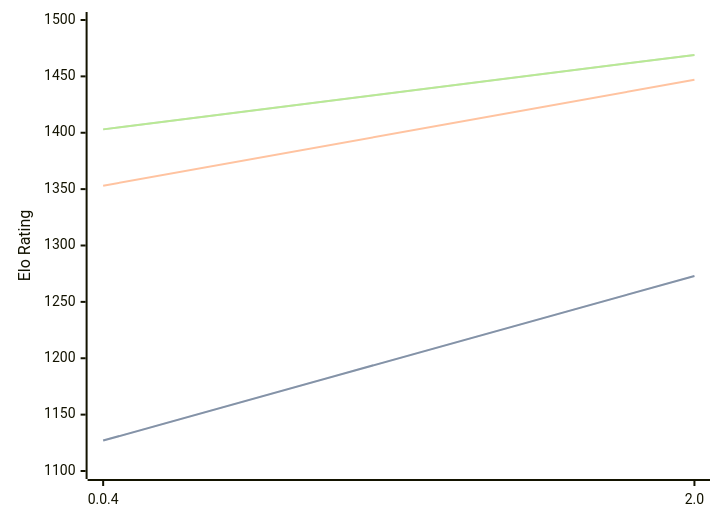
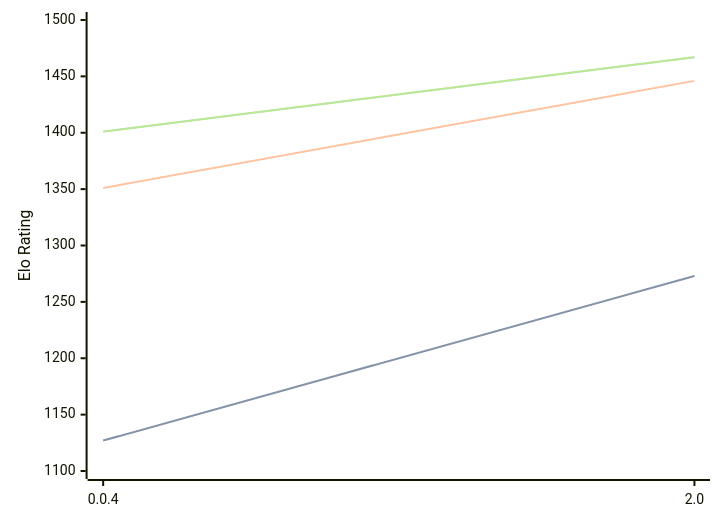
One commit to computer-chess-index/cci changed the diagram in engines/Oops!Mate.md. Above: the diagram before and after it, drawn with Mermaid. The commit also changed other lines of this file, not shown here.

Commit message:
Update CCI Ratings (ELO VLTC) - 2026-08-04

````diff
--- a/engines/Oops!Mate.md
+++ b/engines/Oops!Mate.md
@@ -52,11 +52,11 @@
 ```mermaid
 %%{init: {"theme":"base","themeVariables":{"seriesColors:['#a3a3a3','#222221','#faa371']}}}%%
 xychart-beta
   x-axis ["0.0.4", "2.0"]
   y-axis "Elo Rating" 1100 --> 1500
   line "STC (8.0+0.08s)" [1127, 1273]
   line "STC (8.0+0.08s)" [1127, 1273]
-  line "LTC (60.0+0.60s)" [1353, 1447]
-  line "VLTC (2m24s+1.12s)" [1403, 1469]
-  line "VLTC (2m24s+1.12s)" [1403, 1469]
+  line "LTC (60.0+0.60s)" [1351, 1446]
+  line "VLTC (2m24s+1.12s)" [1401, 1467]
+  line "VLTC (2m24s+1.12s)" [1401, 1467]
 ```
````
